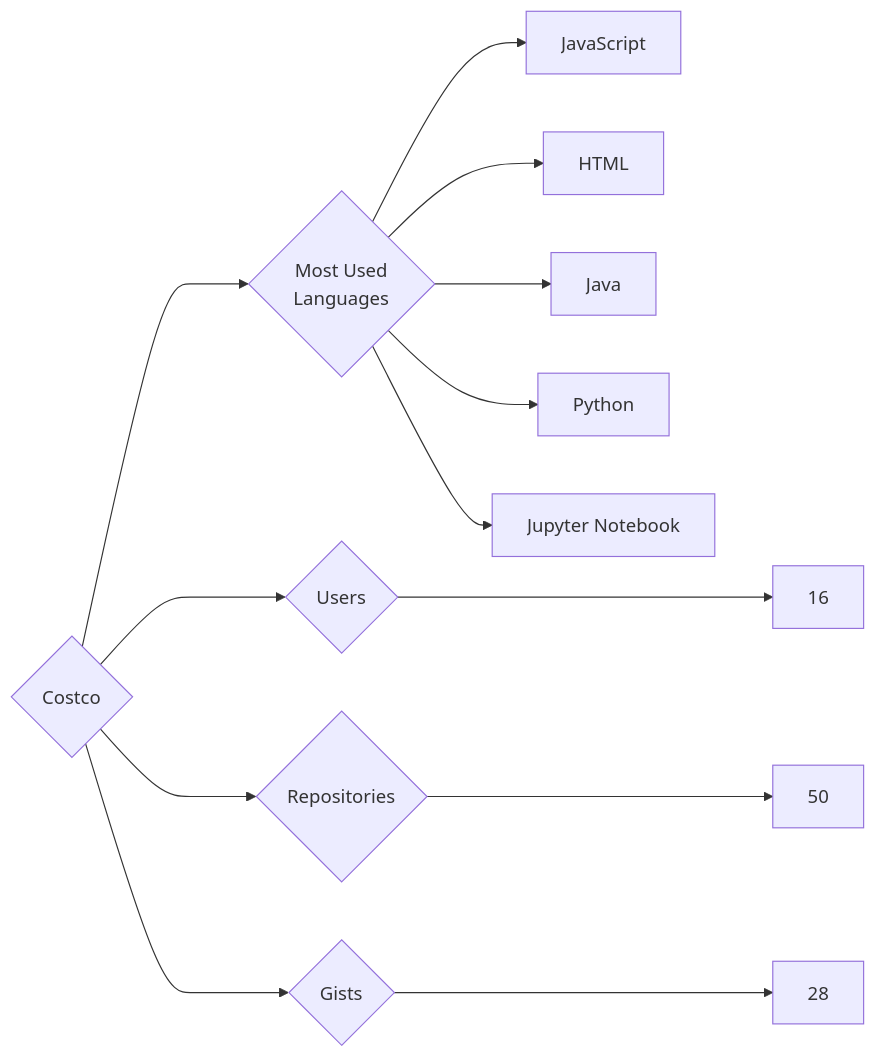
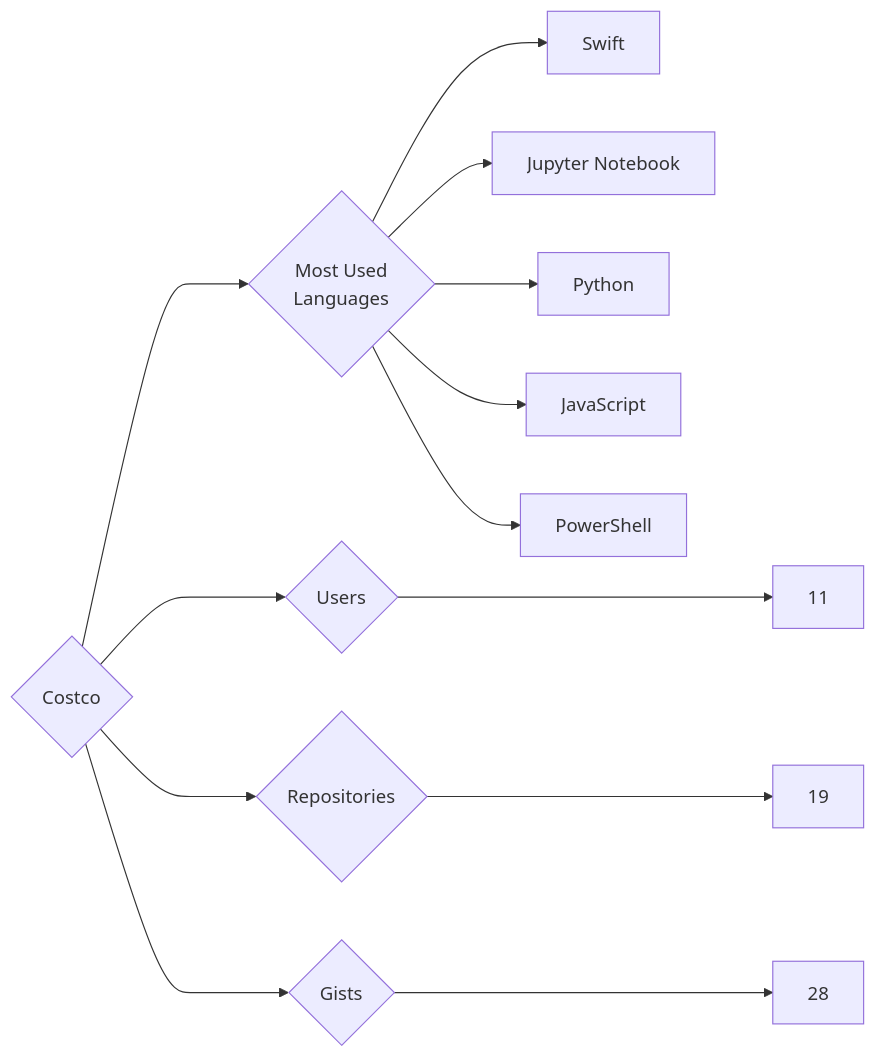
One commit to trickest/insiders changed the diagram in targets/Costco/README.md. Above: the diagram before and after it, drawn with Mermaid. The commit also changed 912 other files, not shown here.

````diff
--- a/targets/Costco/README.md
+++ b/targets/Costco/README.md
@@ -3,13 +3,13 @@
 ```mermaid
 graph LR
 COMPANY_NAME{Costco}
-COMPANY_NAME ---> U{Users} ---> UN[16]
-COMPANY_NAME ---> R{Repositories} ---> RN[50]
+COMPANY_NAME ---> U{Users} ---> UN[11]
+COMPANY_NAME ---> R{Repositories} ---> RN[19]
 COMPANY_NAME ---> G{Gists} ---> GN[28]
 COMPANY_NAME ---> ML{Most Used<br>Languages}
+ML --> Swift[Swift]
+ML --> Jupyter_Notebook[Jupyter Notebook]
+ML --> Python[Python]
 ML --> JavaScript[JavaScript]
-ML --> HTML[HTML]
-ML --> Java[Java]
-ML --> Python[Python]
-ML --> Jupyter_Notebook[Jupyter Notebook]
+ML --> PowerShell[PowerShell]
 ```
````
